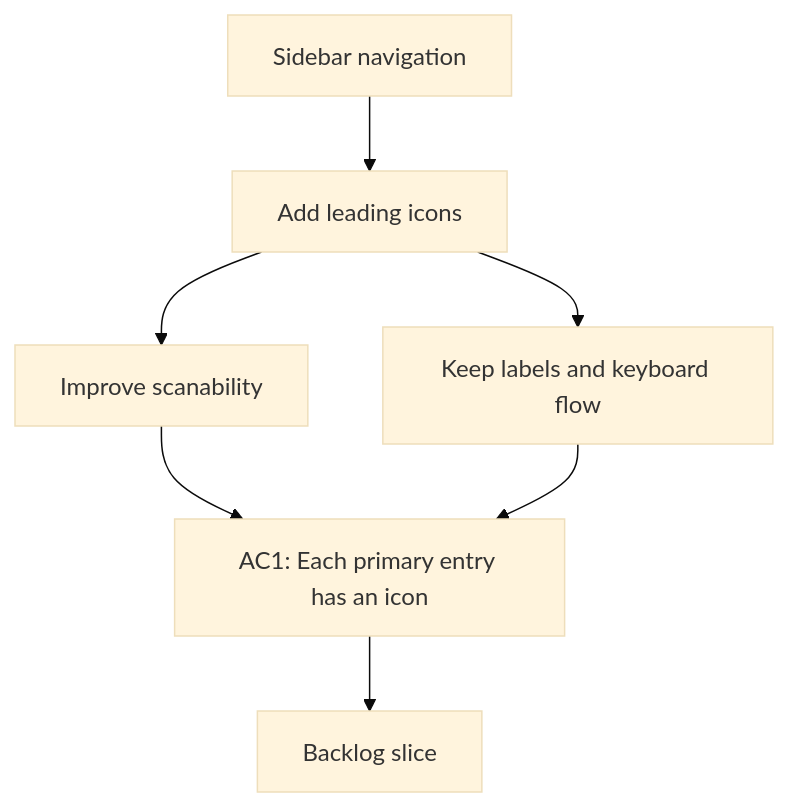
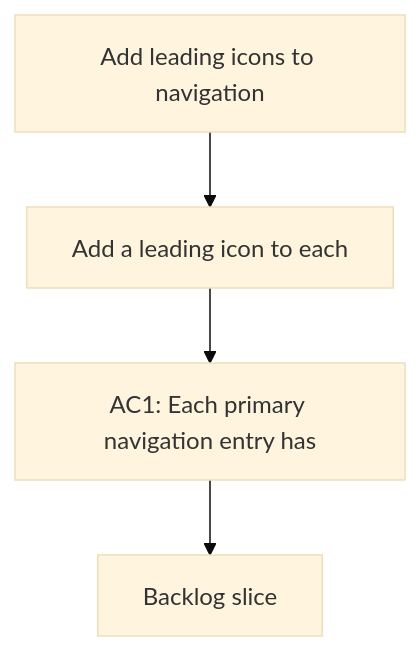
One commit to AlexAgo83/deepvault changed the diagram in logics/request/req_012_add_leading_icons_to_navigation.md. Above: the diagram before and after it, drawn with Mermaid (base theme). The commit also changed 57 other files, not shown here.

````diff
--- a/logics/request/req_012_add_leading_icons_to_navigation.md
+++ b/logics/request/req_012_add_leading_icons_to_navigation.md
@@ -22,11 +22,8 @@
 ```mermaid
 %% logics-kind: request
 %% logics-signature: request|add-leading-icons-to-navigation|add-a-leading-icon-to-each|ac1-each-primary-navigation-entry-has
 flowchart TD
-    Trigger[Sidebar navigation] --> Need[Add leading icons]
-    Need --> Value[Improve scanability]
-    Need --> Constraints[Keep labels and keyboard flow]
-    Value --> Outcome[AC1: Each primary entry has an icon]
-    Constraints --> Outcome
+    Trigger[Add leading icons to navigation] --> Need[Add a leading icon to each]
+    Need --> Outcome[AC1: Each primary navigation entry has]
     Outcome --> Backlog[Backlog slice]
 ```
````
